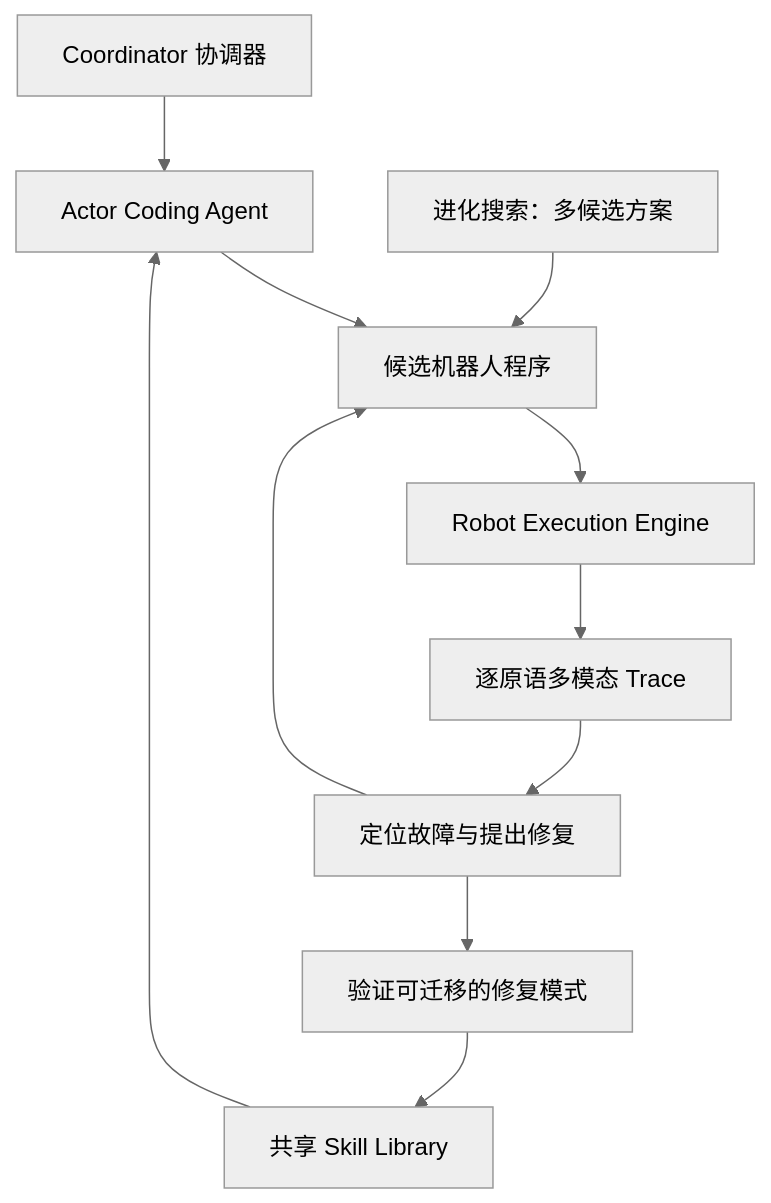
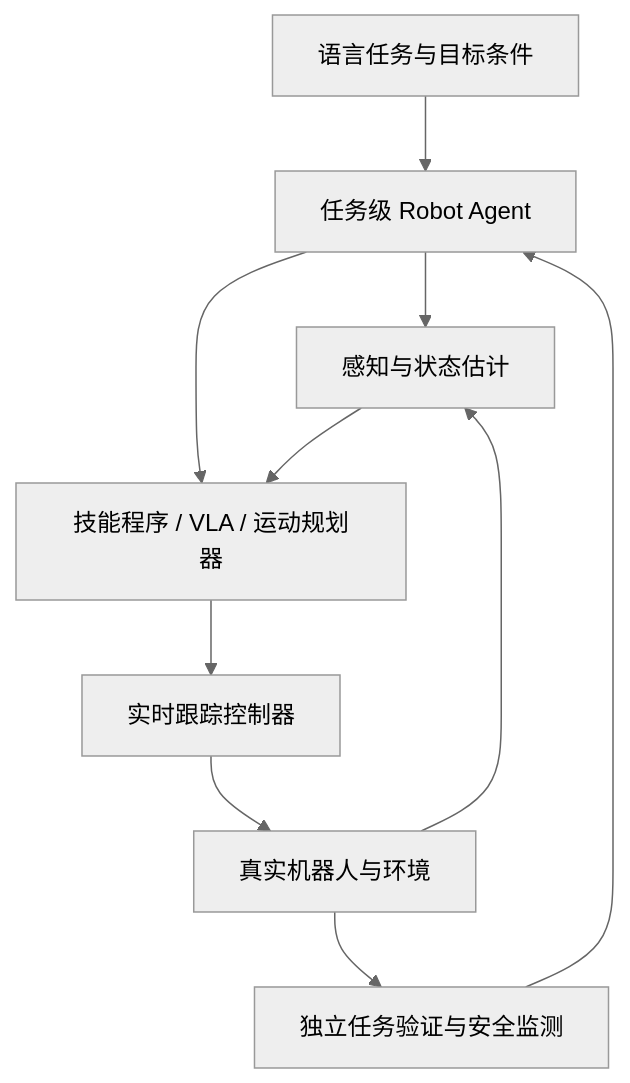
One commit to zengxiong111/Foundation_of_Embodied_AI changed the first of 2 diagrams in md/Robot_Agent_Workflow_ZH.md. Above: the diagram before and after it, drawn with Mermaid (neutral theme). The commit also changed other lines of this file and 8 other files, not shown here.

First line of the commit message:
Update supplied bilingual Robot Agent workflow materials

````diff
--- a/md/Robot_Agent_Workflow_ZH.md
+++ b/md/Robot_Agent_Workflow_ZH.md
@@ -205,13 +28,12 @@
 ```mermaid
-flowchart TD
- A[Coordinator 协调器] --> B[Actor Coding Agent]
- B --> C[候选机器人程序]
- C --> D[Robot Execution Engine]
- D --> E[逐原语多模态 Trace]
- E --> F[定位故障与提出修复]
- F --> C
- F --> G[验证可迁移的修复模式]
- G --> H[共享 Skill Library]
- H --> B
- I[进化搜索：多候选方案] --> C
+flowchart TB
+    G[语言任务与目标条件] --> A[任务级 Robot Agent]
+    A --> P[感知与状态估计]
+    A --> S[技能程序 / VLA / 运动规划器]
+    P --> S
+    S --> C[实时跟踪控制器]
+    C --> R[真实机器人与环境]
+    R --> P
+    R --> V[独立任务验证与安全监测]
+    V --> A
 ```
````
